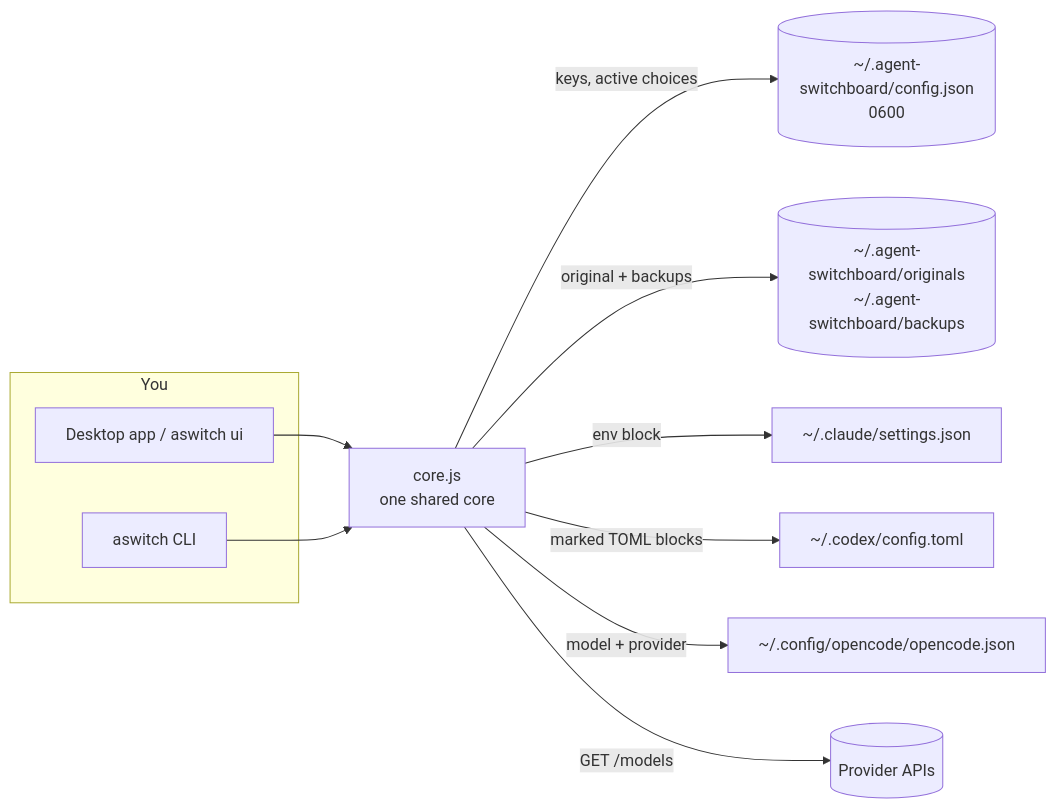
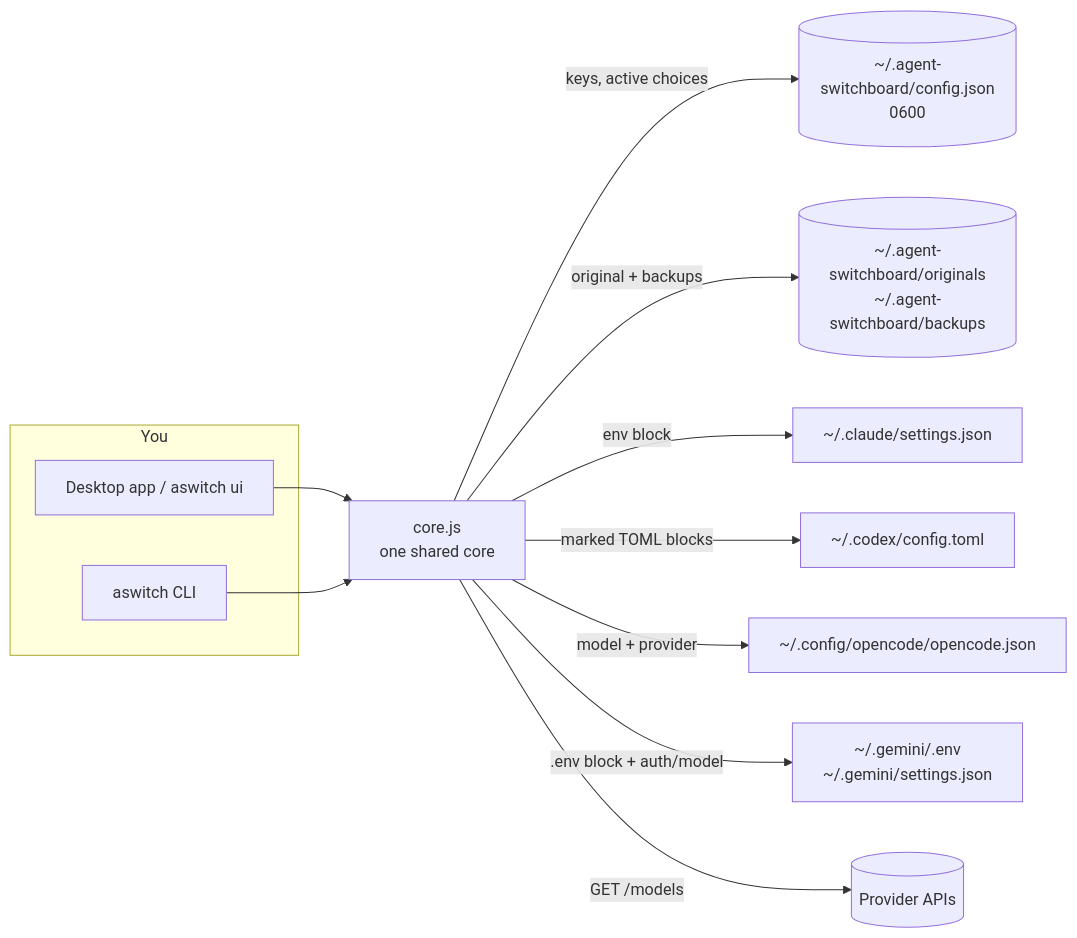
The first of 3 diagrams in README.md (cumabozkurt/agent-switchboard), drawn with Mermaid before and after one commit. The commit also changed other lines of this file and 68 other files, not shown here.

````diff
--- a/README.md
+++ b/README.md
@@ -275,15 +327,16 @@
 ```mermaid
 flowchart LR
   subgraph You
     UI[Desktop app / aswitch ui]
     CLI[aswitch CLI]
   end
   UI --> CORE[core.js<br/>one shared core]
   CLI --> CORE
   CORE -->|keys, active choices| CFG[(~/.agent-switchboard/config.json<br/>0600)]
   CORE -->|original + backups| BK[(~/.agent-switchboard/originals<br/>~/.agent-switchboard/backups)]
   CORE -->|env block| CC[~/.claude/settings.json]
   CORE -->|marked TOML blocks| CX[~/.codex/config.toml]
   CORE -->|model + provider| OC[~/.config/opencode/opencode.json]
+  CORE -->|.env block + auth/model| GM[~/.gemini/.env<br/>~/.gemini/settings.json]
   CORE -->|GET /models| P[(Provider APIs)]
 ```
````
